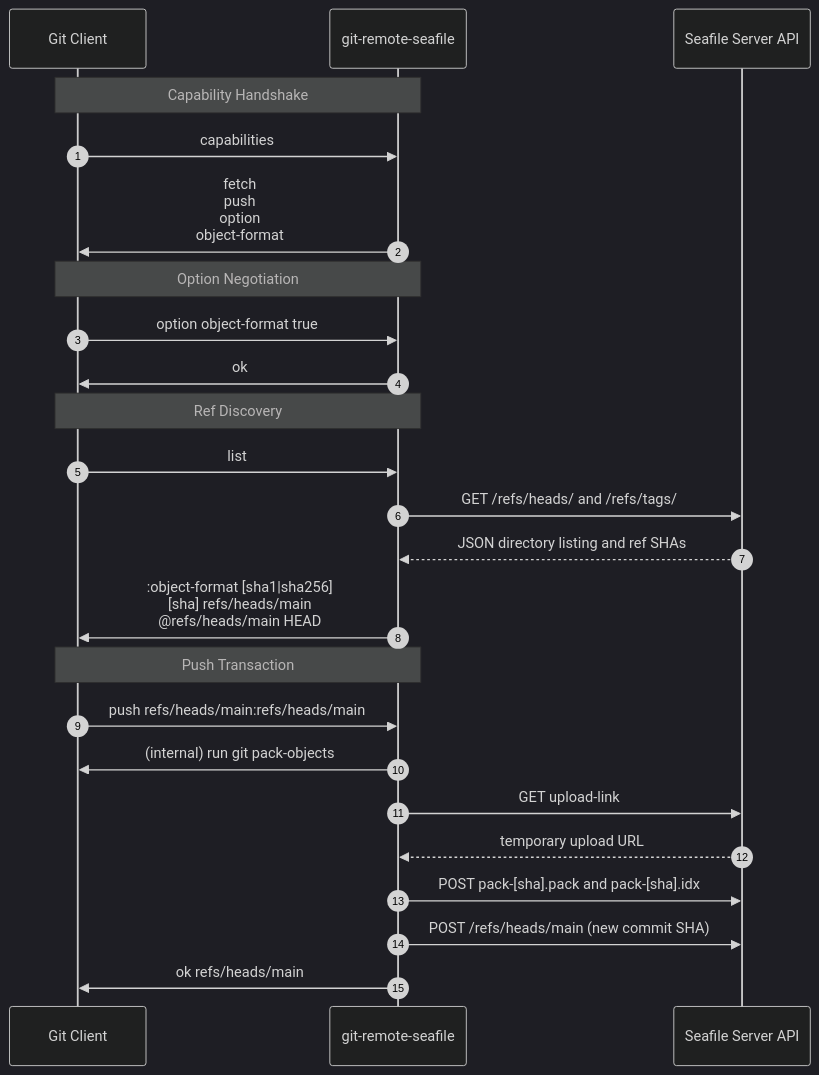
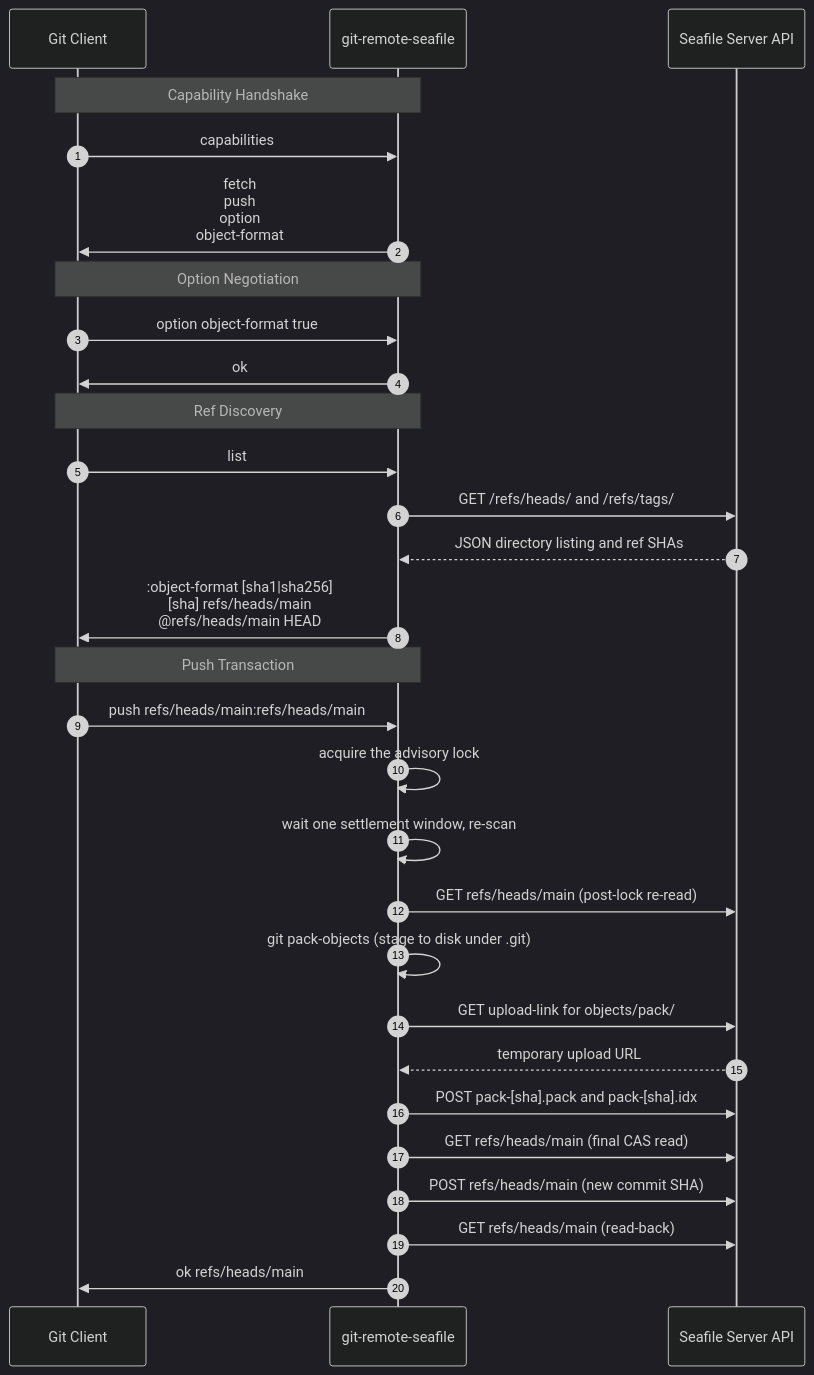
The diagram in DESIGN.md (tkittich/git-remote-seafile), drawn with Mermaid (dark theme) before and after one commit. The commit also changed other lines of this file and 14 other files, not shown here.

````diff
--- a/DESIGN.md
+++ b/DESIGN.md
@@ -105,30 +108,35 @@
 ```mermaid
 sequenceDiagram
     autonumber
     participant Git as Git Client
     participant Helper as git-remote-seafile
     participant API as Seafile Server API
 
     Note over Git,Helper: Capability Handshake
     Git->>Helper: capabilities
     Helper->>Git: fetch<br/>push<br/>option<br/>object-format
 
     Note over Git,Helper: Option Negotiation
     Git->>Helper: option object-format true
     Helper->>Git: ok
 
     Note over Git,Helper: Ref Discovery
     Git->>Helper: list
     Helper->>API: GET /refs/heads/ and /refs/tags/
     API-->>Helper: JSON directory listing and ref SHAs
     Helper->>Git: :object-format [sha1|sha256]<br/>[sha] refs/heads/main<br/>@refs/heads/main HEAD
 
     Note over Git,Helper: Push Transaction
     Git->>Helper: push refs/heads/main:refs/heads/main
-    Helper->>Git: (internal) run git pack-objects
-    Helper->>API: GET upload-link
+    Helper->>Helper: acquire the advisory lock
+    Helper->>Helper: wait one settlement window, re-scan
+    Helper->>API: GET refs/heads/main (post-lock re-read)
+    Helper->>Helper: git pack-objects (stage to disk under .git)
+    Helper->>API: GET upload-link for objects/pack/
     API-->>Helper: temporary upload URL
     Helper->>API: POST pack-[sha].pack and pack-[sha].idx
-    Helper->>API: POST /refs/heads/main (new commit SHA)
+    Helper->>API: GET refs/heads/main (final CAS read)
+    Helper->>API: POST refs/heads/main (new commit SHA)
+    Helper->>API: GET refs/heads/main (read-back)
     Helper->>Git: ok refs/heads/main
 ```
````
